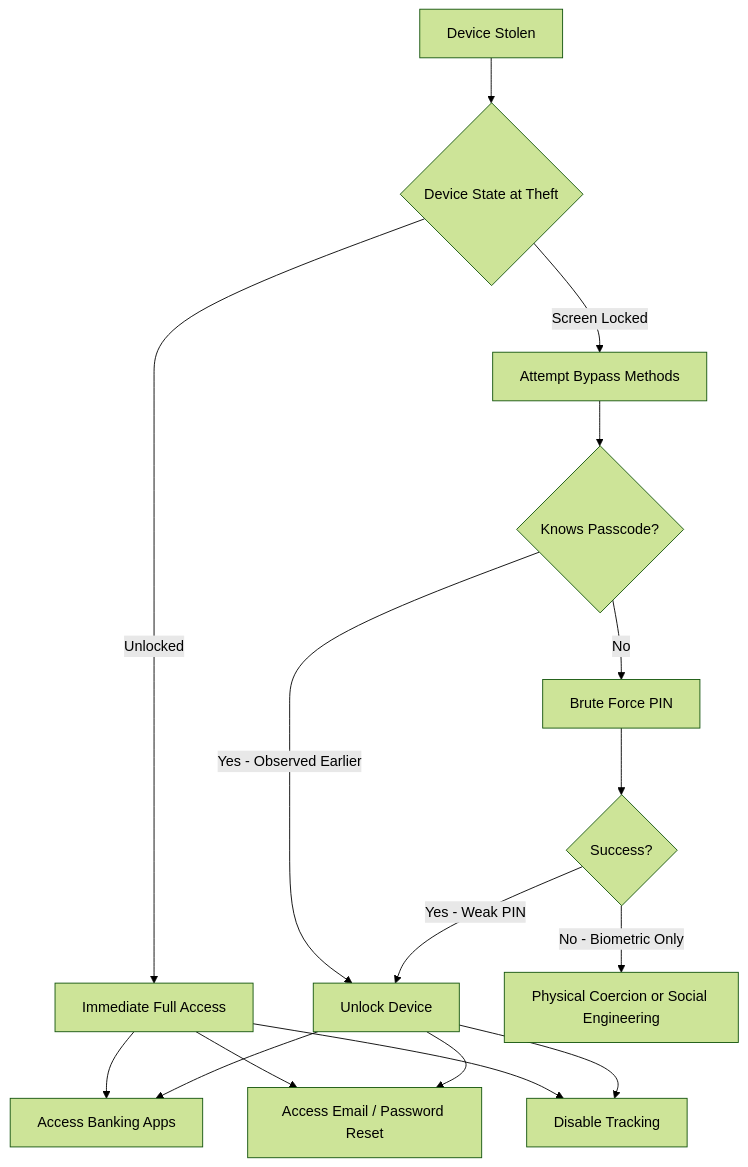
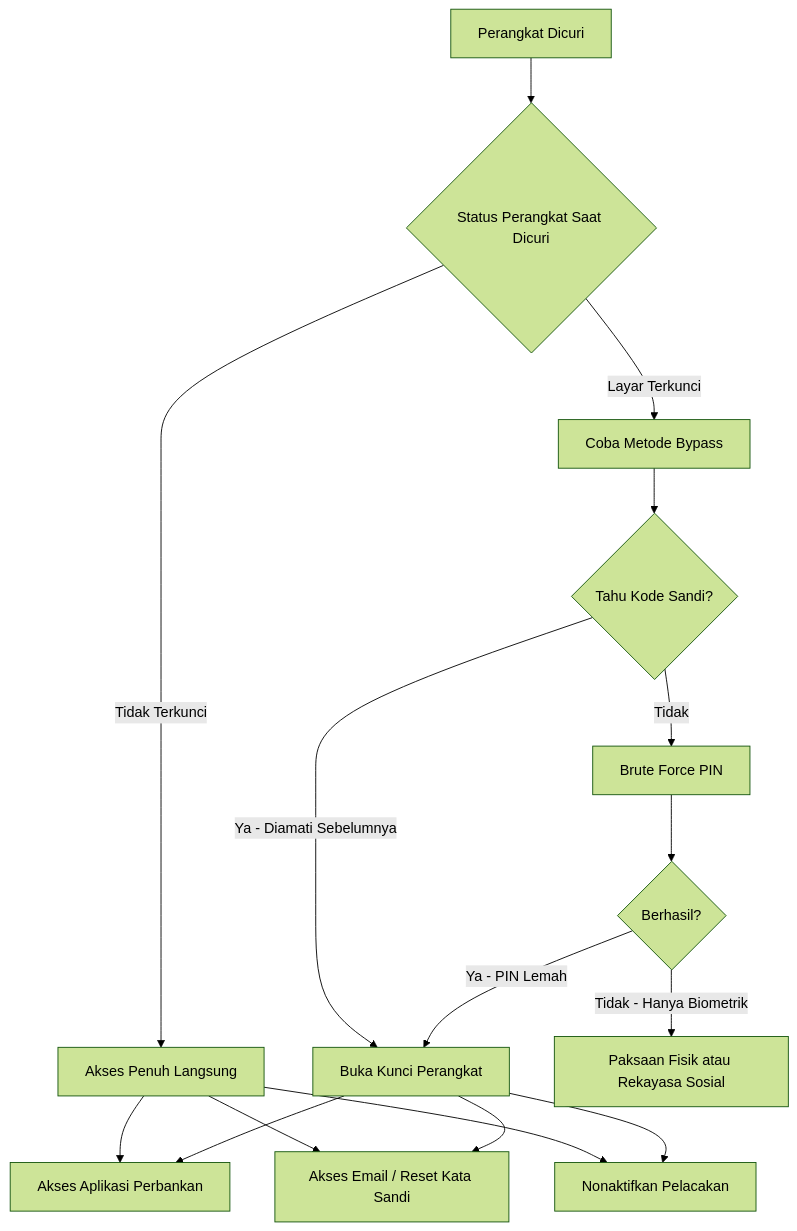
The diagram in docs/threat-landscape.md (antonlepari/handphone-hilang), drawn with Mermaid (forest theme) before and after one commit. The commit also changed other lines of this file and 21 other files, not shown here.

````diff
--- a/docs/threat-landscape.md
+++ b/docs/threat-landscape.md
@@ -149,18 +149,18 @@
 ```mermaid
 graph TD
-    A[Device Stolen] --> B{Device State at Theft}
-    B -->|Unlocked| C[Immediate Full Access]
-    B -->|Screen Locked| D[Attempt Bypass Methods]
-    C --> E[Access Banking Apps]
-    C --> F[Access Email / Password Reset]
-    C --> G[Disable Tracking]
-    D --> H{Knows Passcode?}
-    H -->|Yes - Observed Earlier| I[Unlock Device]
-    H -->|No| J[Brute Force PIN]
+    A[Perangkat Dicuri] --> B{Status Perangkat Saat Dicuri}
+    B -->|Tidak Terkunci| C[Akses Penuh Langsung]
+    B -->|Layar Terkunci| D[Coba Metode Bypass]
+    C --> E[Akses Aplikasi Perbankan]
+    C --> F[Akses Email / Reset Kata Sandi]
+    C --> G[Nonaktifkan Pelacakan]
+    D --> H{Tahu Kode Sandi?}
+    H -->|Ya - Diamati Sebelumnya| I[Buka Kunci Perangkat]
+    H -->|Tidak| J[Brute Force PIN]
     I --> E
     I --> F
     I --> G
-    J --> K{Success?}
-    K -->|No - Biometric Only| L[Physical Coercion or Social Engineering]
-    K -->|Yes - Weak PIN| I
+    J --> K{Berhasil?}
+    K -->|Tidak - Hanya Biometrik| L[Paksaan Fisik atau Rekayasa Sosial]
+    K -->|Ya - PIN Lemah| I
 ```
````
